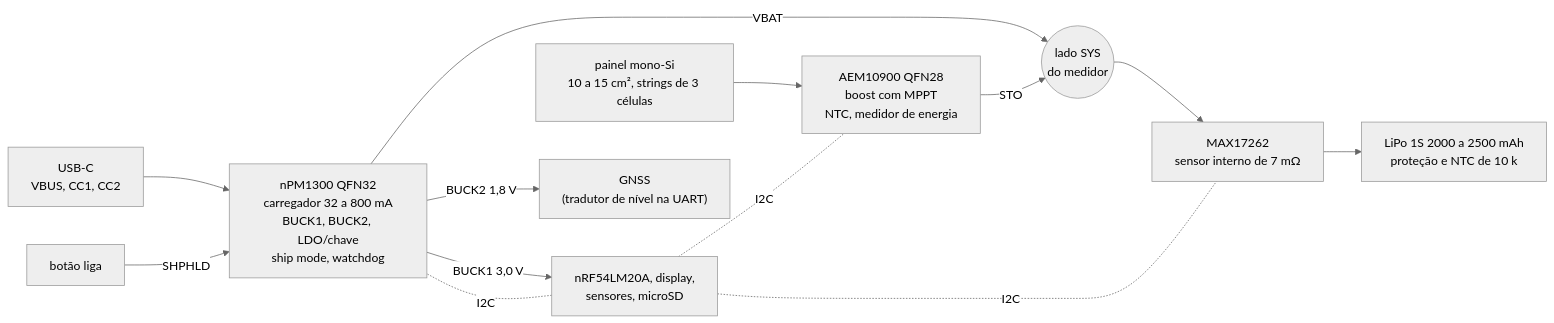
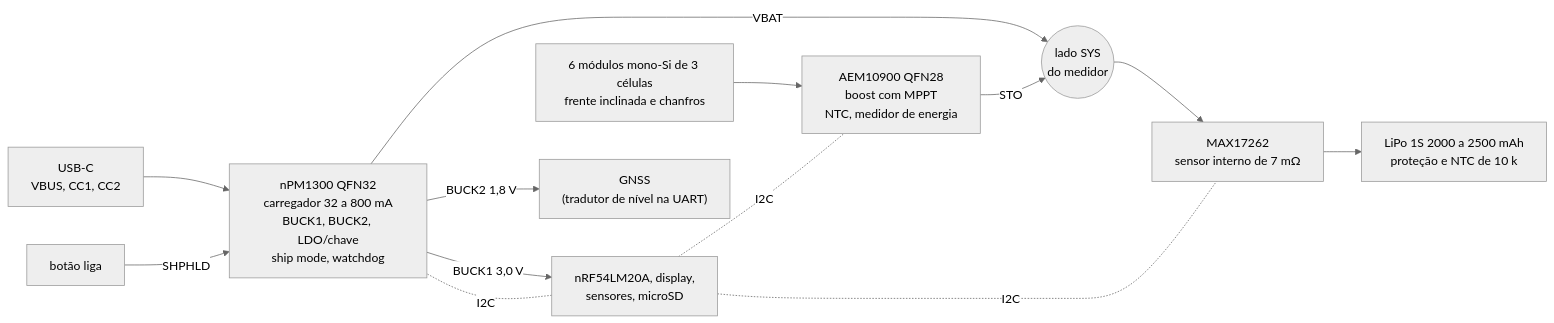
One commit to Guiimartinho/gnss-bike-computer changed the second of 3 diagrams in docs/13-placa-nova.md. Above: the diagram before and after it, drawn with Mermaid (neutral theme). The commit also changed other lines of this file and 4 other files, not shown here.

````diff
--- a/docs/13-placa-nova.md
+++ b/docs/13-placa-nova.md
@@ -262,15 +274,15 @@
 ```mermaid
 flowchart LR
     USB["USB-C<br/>VBUS, CC1, CC2"] --> NPM["nPM1300 QFN32<br/>carregador 32 a 800 mA<br/>BUCK1, BUCK2, LDO/chave<br/>ship mode, watchdog"]
     BTN["botão liga"] -->|SHPHLD| NPM
-    PV["painel mono-Si<br/>10 a 15 cm², strings de 3 células"] --> AEM["AEM10900 QFN28<br/>boost com MPPT<br/>NTC, medidor de energia"]
+    PV["6 módulos mono-Si de 3 células<br/>frente inclinada e chanfros"] --> AEM["AEM10900 QFN28<br/>boost com MPPT<br/>NTC, medidor de energia"]
     NPM -->|VBAT| NODE(("lado SYS<br/>do medidor"))
     AEM -->|STO| NODE
     NODE --> FG["MAX17262<br/>sensor interno de 7 mΩ"]
     FG --> CELL["LiPo 1S 2000 a 2500 mAh<br/>proteção e NTC de 10 k"]
     NPM -->|"BUCK1 3,0 V"| MCU["nRF54LM20A, display,<br/>sensores, microSD"]
     NPM -->|"BUCK2 1,8 V"| GNSSR["GNSS<br/>(tradutor de nível na UART)"]
     MCU -.-|I2C| NPM
     MCU -.-|I2C| AEM
     MCU -.-|I2C| FG
 ```
````
